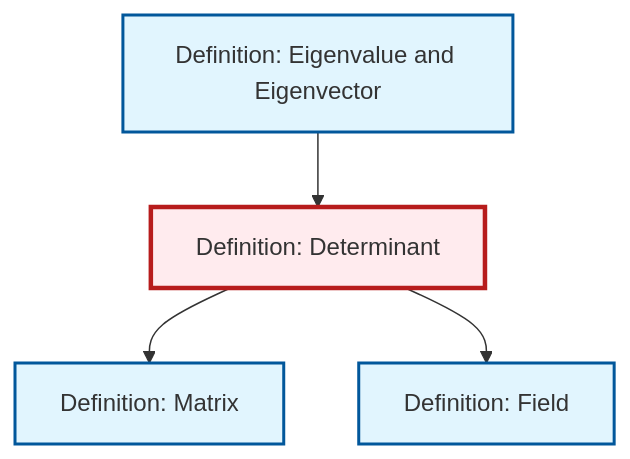
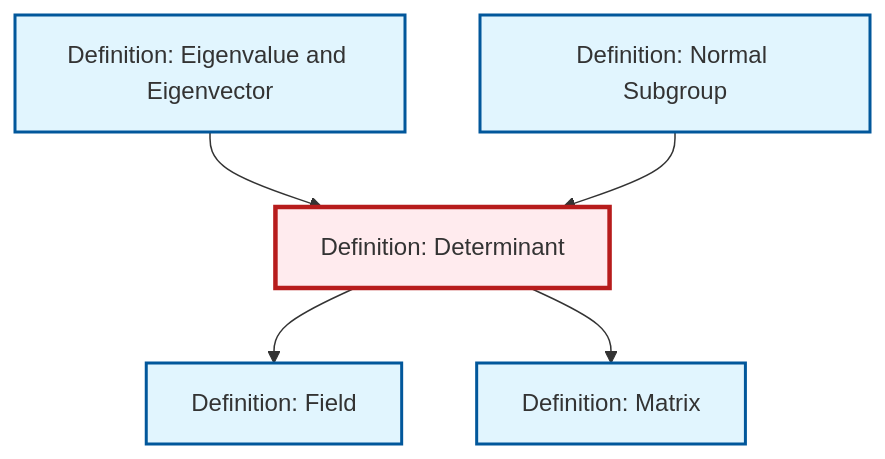
Before and after one commit to RK0429/ModernMath: the diagram in content/en/algebra/def-determinant.qmd, drawn with Mermaid. The commit also changed other lines of this file and 531 other files, not shown here.

````diff
--- a/content/en/algebra/def-determinant.qmd
+++ b/content/en/algebra/def-determinant.qmd
@@ -79,20 +79,23 @@
 ```{mermaid}
 %%| fig-cap: "Local dependency graph"
 graph TD
     classDef definition fill:#e1f5fe,stroke:#01579b,stroke-width:2px
     classDef theorem fill:#f3e5f5,stroke:#4a148c,stroke-width:2px
     classDef axiom fill:#fff3e0,stroke:#e65100,stroke-width:2px
     classDef example fill:#e8f5e9,stroke:#1b5e20,stroke-width:2px
     classDef current fill:#ffebee,stroke:#b71c1c,stroke-width:3px
+    def-field["Definition: Field"]:::definition
     def-determinant["Definition: Determinant"]:::definition
+    def-normal-subgroup["Definition: Normal Subgroup"]:::definition
+    def-eigenvalue-eigenvector["Definition: Eigenvalue and Eigenvector"]:::definition
     def-matrix["Definition: Matrix"]:::definition
-    def-field["Definition: Field"]:::definition
-    def-eigenvalue-eigenvector["Definition: Eigenvalue and Eigenvector"]:::definition
-    def-determinant --> def-matrix
     def-determinant --> def-field
     def-eigenvalue-eigenvector --> def-determinant
+    def-determinant --> def-matrix
+    def-normal-subgroup --> def-determinant
     class def-determinant current
+    click def-field "def-field.html" "Go to Field definition"
+    click def-normal-subgroup "def-normal-subgroup.html" "Go to Normal Subgroup definition"
+    click def-eigenvalue-eigenvector "def-eigenvalue-eigenvector.html" "Go to Eigenvalue and Eigenvector definition"
     click def-matrix "def-matrix.html" "Go to Matrix definition"
-    click def-field "def-field.html" "Go to Field definition"
-    click def-eigenvalue-eigenvector "def-eigenvalue-eigenvector.html" "Go to Eigenvalue and Eigenvector definition"
 ```
````
